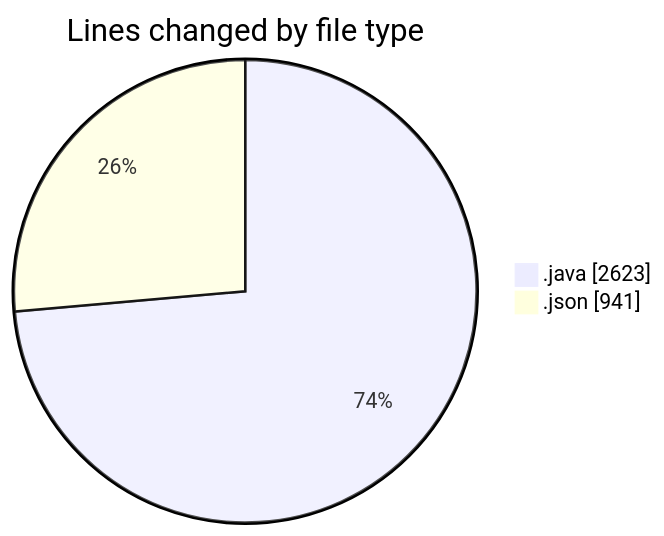
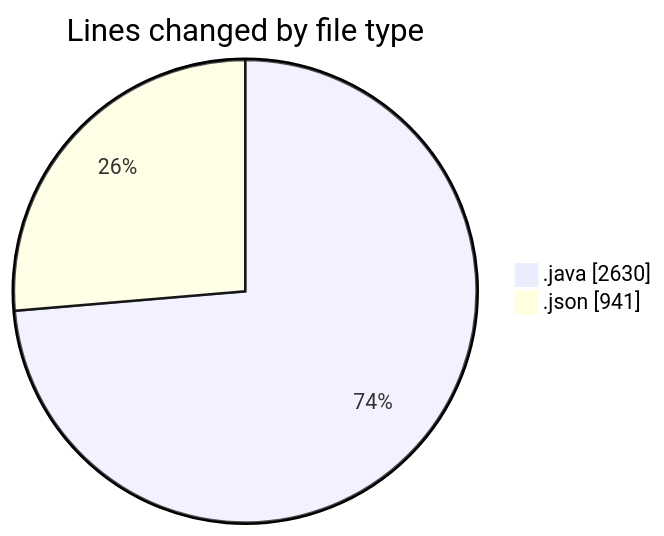
The first of 2 diagrams in 2026-04-28/cilapp/README.md (ricardozamudiocil/code-tracking), drawn with Mermaid before and after one commit. The commit also changed other lines of this file and 1 other file, not shown here.

````diff
--- a/2026-04-28/cilapp/README.md
+++ b/2026-04-28/cilapp/README.md
@@ -23,6 +23,6 @@
 ```mermaid
 pie showData
 title Lines changed by file type
-".java" : 2623
+".java" : 2630
 ".json" : 941
 ```
````
